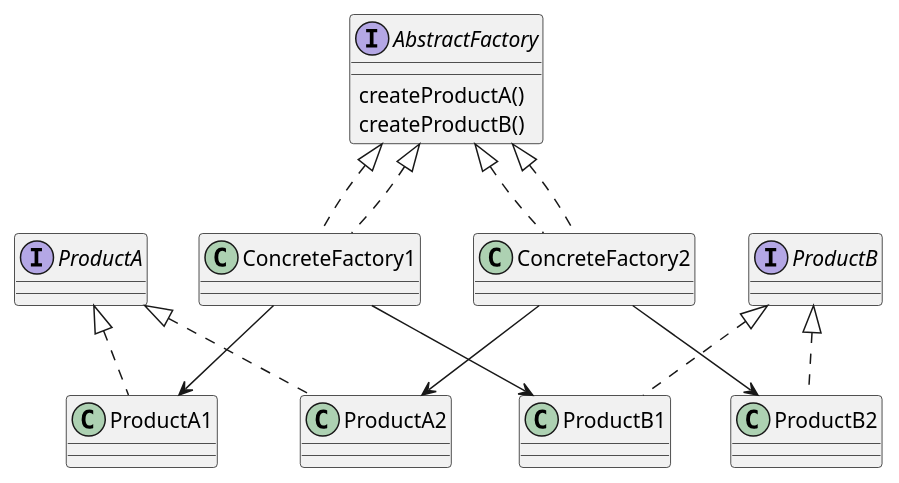
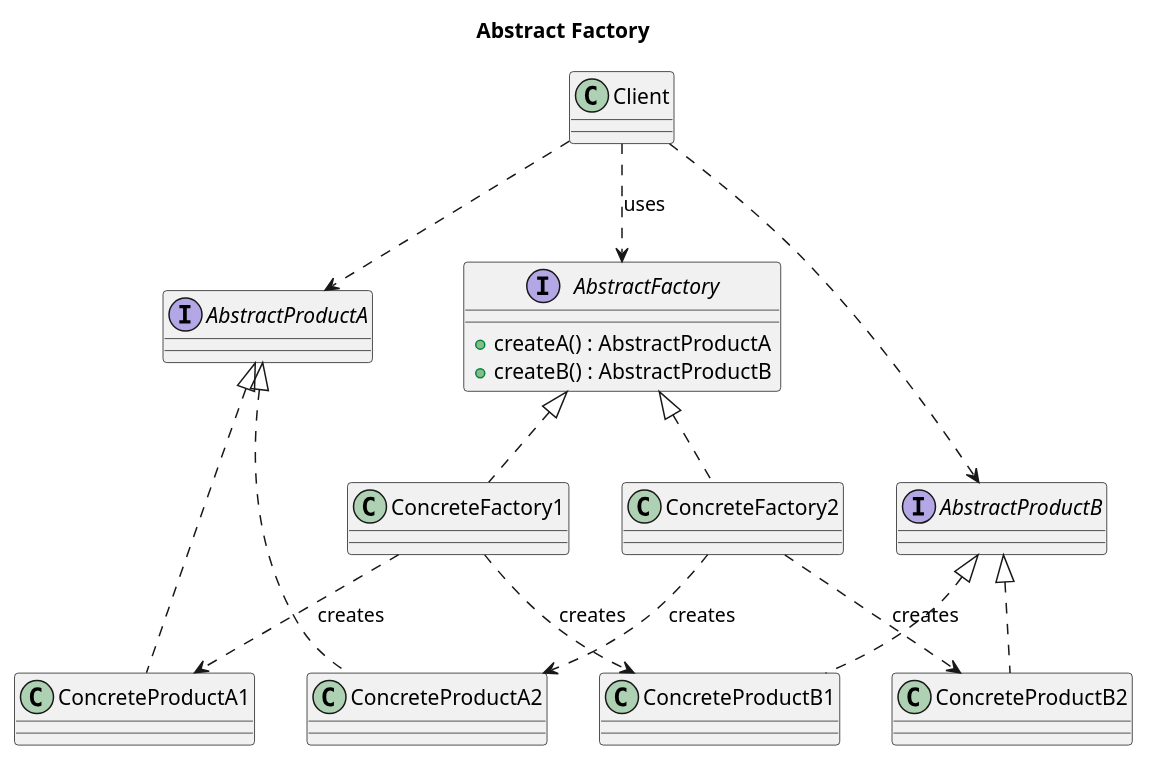
Before and after one commit to AkselErenberk/design-patterns: the diagram in theory/creational/abstract_factory/class.puml, drawn with PlantUML. The commit also changed 27 other files, not shown here.

Commit message:
design pattern class diagrams

```diff
--- a/theory/creational/abstract_factory/class.puml
+++ b/theory/creational/abstract_factory/class.puml
@@ -1,24 +1,37 @@
 @startuml
+title Abstract Factory
+
+interface AbstractProductA
+interface AbstractProductB
+
 interface AbstractFactory {
-    createProductA()
-    createProductB()
+  +createA() : AbstractProductA
+  +createB() : AbstractProductB
 }
 
-class ConcreteFactory1 implements AbstractFactory
-class ConcreteFactory2 implements AbstractFactory
+class ConcreteFactory1
+class ConcreteFactory2
 
-interface ProductA
-interface ProductB
-
-class ProductA1 implements ProductA
-class ProductA2 implements ProductA
-class ProductB1 implements ProductB
-class ProductB2 implements ProductB
+class ConcreteProductA1
+class ConcreteProductB1
+class ConcreteProductA2
+class ConcreteProductB2
 
 AbstractFactory <|.. ConcreteFactory1
 AbstractFactory <|.. ConcreteFactory2
-ConcreteFactory1 --> ProductA1
-ConcreteFactory1 --> ProductB1
-ConcreteFactory2 --> ProductA2
-ConcreteFactory2 --> ProductB2
+
+AbstractProductA <|.. ConcreteProductA1
+AbstractProductA <|.. ConcreteProductA2
+AbstractProductB <|.. ConcreteProductB1
+AbstractProductB <|.. ConcreteProductB2
+
+ConcreteFactory1 ..> ConcreteProductA1 : creates
+ConcreteFactory1 ..> ConcreteProductB1 : creates
+ConcreteFactory2 ..> ConcreteProductA2 : creates
+ConcreteFactory2 ..> ConcreteProductB2 : creates
+
+class Client
+Client ..> AbstractFactory : uses
+Client ..> AbstractProductA
+Client ..> AbstractProductB
 @enduml
```
